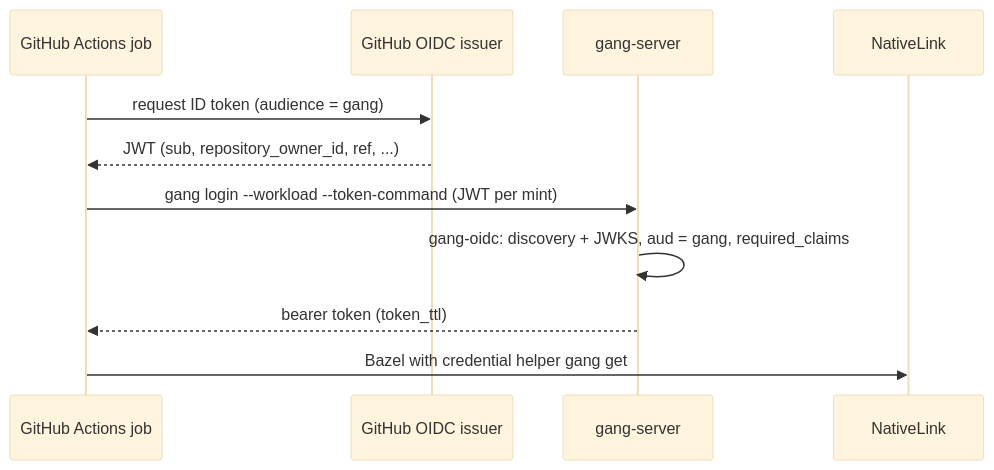
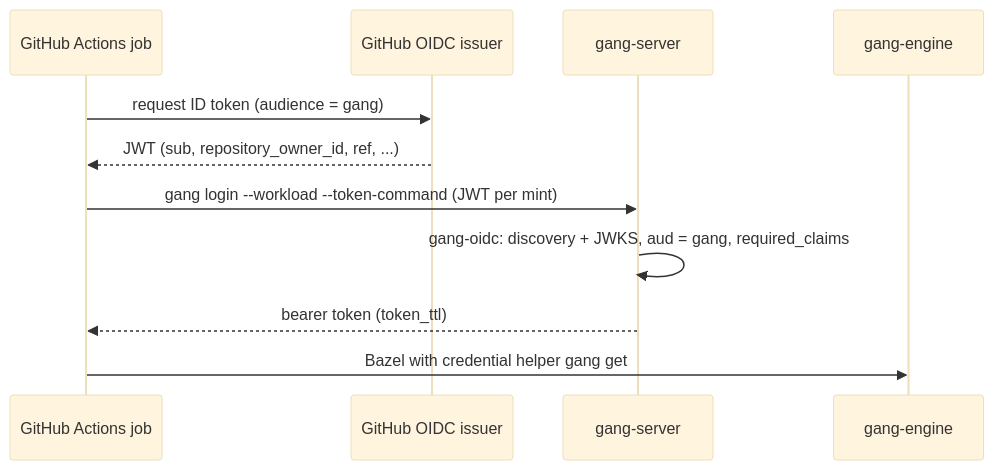
One commit to leadingterm/gang changed the second of 2 diagrams in docs/SPECIFICATION.md. Above: the diagram before and after it, drawn with Mermaid (base theme). The commit also changed other lines of this file and 281 other files, not shown here.

````diff
--- a/docs/SPECIFICATION.md
+++ b/docs/SPECIFICATION.md
@@ -632,13 +604,13 @@
 ```mermaid
 sequenceDiagram
     participant J as GitHub Actions job
     participant GH as GitHub OIDC issuer
     participant S as gang-server
-    participant NL as NativeLink
+    participant E as gang-engine
     J->>GH: request ID token (audience = gang)
     GH-->>J: JWT (sub, repository_owner_id, ref, ...)
     J->>S: gang login --workload --token-command (JWT per mint)
     S->>S: gang-oidc: discovery + JWKS, aud = gang, required_claims
     S-->>J: bearer token (token_ttl)
-    J->>NL: Bazel with credential helper gang get
+    J->>E: Bazel with credential helper gang get
 ```
````
